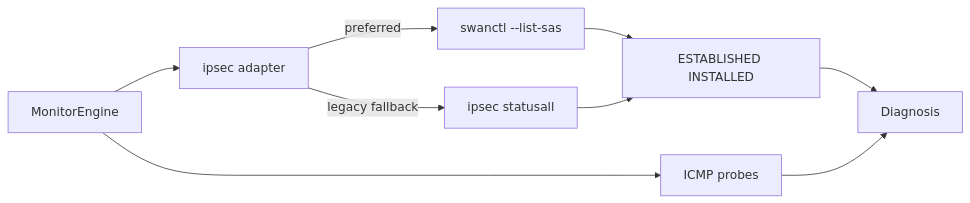
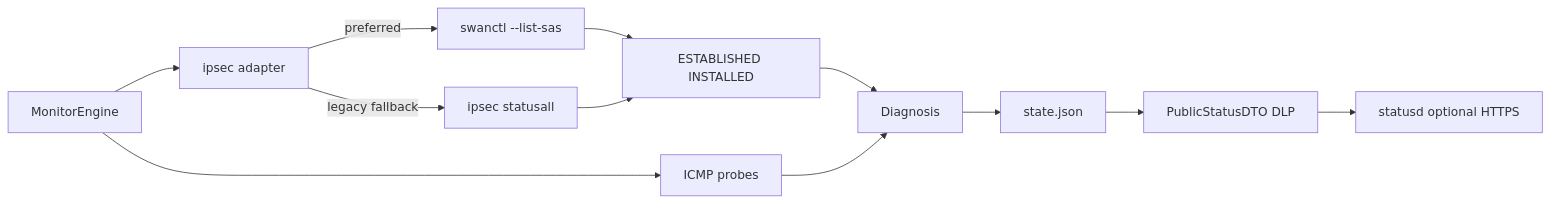
The fourth of 4 diagrams in docs/vpn-solutions/ipsec-ikev2.md (roto31/Tunnel-Monitor---Universal), drawn with Mermaid before and after one commit. The commit also changed 63 other files, not shown here.

First line of the commit message:
Add SECURITY.md and optional uvpn-statusd portal (v1.1).

````diff
--- a/docs/vpn-solutions/ipsec-ikev2.md
+++ b/docs/vpn-solutions/ipsec-ikev2.md
@@ -60,11 +60,14 @@
 ```mermaid
 flowchart LR
     E[MonitorEngine] --> A[ipsec adapter]
     A -->|preferred| SW[swanctl --list-sas]
     A -->|legacy fallback| IP[ipsec statusall]
     SW --> PARSE[ESTABLISHED INSTALLED]
     IP --> PARSE
     E --> P[ICMP probes]
     PARSE --> D[Diagnosis]
     P --> D
+    D --> ST[state.json]
+    ST --> RED[PublicStatusDTO DLP]
+    RED --> SD[statusd optional HTTPS]
 ```
````
